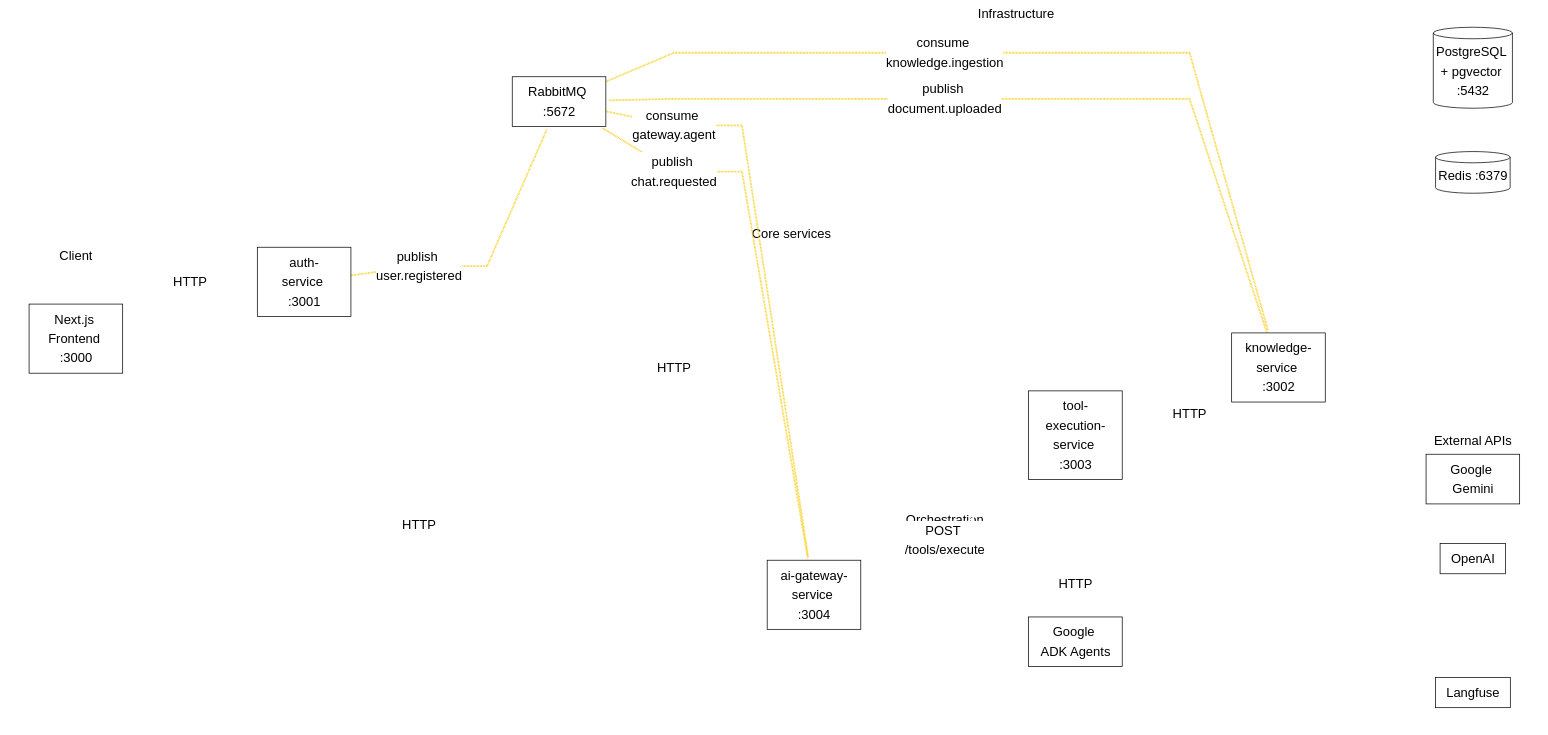
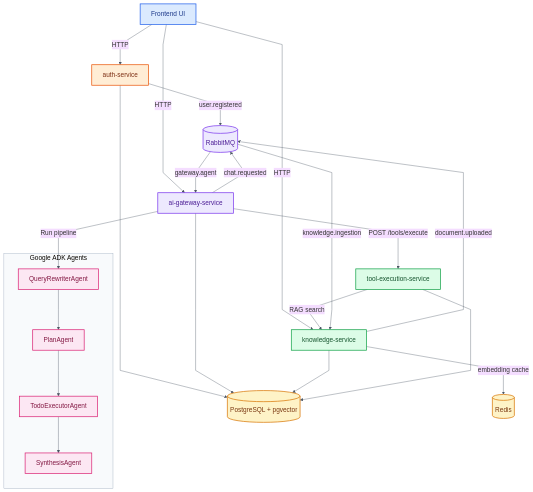
One commit to Danilka-Akarawita/Assignment changed the first of 2 diagrams in README.md. Above: the diagram before and after it, drawn with Mermaid. The commit also changed other lines of this file, not shown here.

Commit message:
simplified teh diagram

````diff
--- a/README.md
+++ b/README.md
@@ -34,70 +34,54 @@
 ```mermaid
-%%{init: {'theme':'base','flowchart': {'curve':'linear','nodeSpacing': 110,'rankSpacing': 140,'htmlLabels': true},'themeVariables': {'fontFamily':'Arial','fontSize':'36px','background':'#000000','mainBkg':'#000000','clusterBkg':'#ffffff','clusterBorder':'#ffffff','titleColor':'#000000','primaryColor':'#ffffff','primaryTextColor':'#000000','secondaryTextColor':'#000000','tertiaryTextColor':'#000000','primaryBorderColor':'#000000','lineColor':'#ffffff','edgeLabelBackground':'#ffffff','edgeLabelColor':'#000000'}}}%%
-flowchart LR
-  subgraph client [Client]
-    FE[Next.js Frontend :3000]
+%%{init: {'theme':'base','flowchart': {'curve':'linear','nodeSpacing': 60,'rankSpacing': 85},'themeVariables': {'fontFamily':'Arial','fontSize':'18px','lineColor':'#4b5563','clusterBkg':'#f8fafc','clusterBorder':'#94a3b8'}}}%%
+flowchart TB
+  UI[Frontend UI]
+  AUTH[auth-service]
+  GW[ai-gateway-service]
+  KNOW[knowledge-service]
+  TOOLS[tool-execution-service]
+  RMQ[(RabbitMQ)]
+  DB[(PostgreSQL + pgvector)]
+  REDIS[(Redis)]
+
+  subgraph agents [Google ADK Agents]
+    QR[QueryRewriterAgent]
+    PA[PlanAgent]
+    TE[TodoExecutorAgent]
+    SA[SynthesisAgent]
+    QR --> PA --> TE --> SA
   end
 
-  subgraph orchestration [Orchestration]
-    GW[ai-gateway-service :3004]
-    ADK[Google ADK Agents]
-  end
+  UI -->|HTTP| AUTH
+  UI -->|HTTP| GW
+  UI -->|HTTP| KNOW
 
-  subgraph core [Core services]
-    AUTH[auth-service :3001]
-    KNOW[knowledge-service :3002]
-    TOOLS[tool-execution-service :3003]
-  end
+  GW -->|Run pipeline| QR
+  GW -->|POST /tools/execute| TOOLS
+  TOOLS -->|RAG search| KNOW
 
-  subgraph infra [Infrastructure]
-    PG[(PostgreSQL + pgvector :5432)]
-    RMQ[RabbitMQ :5672]
-    REDIS[(Redis :6379)]
-  end
+  AUTH --> DB
+  GW --> DB
+  KNOW --> DB
+  TOOLS --> DB
+  KNOW -->|embedding cache| REDIS
 
-  subgraph externalGroup [External APIs]
-    GEMINI[Google Gemini]
-    OPENAI[OpenAI]
-    LF[Langfuse]
-  end
+  AUTH -->|user.registered| RMQ
+  KNOW -->|document.uploaded| RMQ
+  RMQ -->|knowledge.ingestion| KNOW
+  GW -->|chat.requested| RMQ
+  RMQ -->|gateway.agent| GW
 
-  FE ==>|HTTP| AUTH
-  FE ==>|HTTP| GW
-  FE ==>|HTTP| KNOW
+  classDef ui fill:#dbeafe,stroke:#2563eb,color:#1e3a8a,stroke-width:2px;
+  classDef auth fill:#ffedd5,stroke:#ea580c,color:#7c2d12,stroke-width:2px;
+  classDef gateway fill:#ede9fe,stroke:#7c3aed,color:#4c1d95,stroke-width:2px;
+  classDef agents fill:#fce7f3,stroke:#db2777,color:#831843,stroke-width:2px;
+  classDef services fill:#dcfce7,stroke:#16a34a,color:#14532d,stroke-width:2px;
+  classDef storage fill:#fef3c7,stroke:#d97706,color:#78350f,stroke-width:2px;
 
-  GW ==> ADK
-  GW ==>|HTTP| KNOW
-  GW ==>|POST /tools/execute| TOOLS
-  TOOLS ==>|HTTP| KNOW
-
-  AUTH ==> PG
-  GW ==> PG
-  KNOW ==> PG
-  TOOLS ==> PG
-
-  KNOW ==> REDIS
-  KNOW ==> OPENAI
-  TOOLS ==> OPENAI
-
-  ADK ==> GEMINI
-  GW ==> LF
-
-  AUTH -.->|publish user.registered| RMQ
-  KNOW -.->|publish document.uploaded| RMQ
-  RMQ -.->|consume knowledge.ingestion| KNOW
-  GW -.->|publish chat.requested| RMQ
-  RMQ -.->|consume gateway.agent| GW
-
-  style client fill:#ffffff,stroke:#ffffff,color:#000000,stroke-width:2px
-  style orchestration fill:#ffffff,stroke:#ffffff,color:#000000,stroke-width:2px
-  style core fill:#ffffff,stroke:#ffffff,color:#000000,stroke-width:2px
-  style infra fill:#ffffff,stroke:#ffffff,color:#000000,stroke-width:2px
-  style externalGroup fill:#ffffff,stroke:#ffffff,color:#000000,stroke-width:2px
-
-  classDef node fill:#ffffff,stroke:#000000,color:#000000,stroke-width:2px,font-size:36px;
-
-  class FE,GW,ADK,AUTH,KNOW,TOOLS,PG,RMQ,REDIS,GEMINI,OPENAI,LF node;
-
-  linkStyle default stroke:#ffffff,stroke-width:4px
-  linkStyle 16,17,18,19,20 stroke:#facc15,stroke-width:5px
+  class UI ui;
+  class AUTH auth;
+  class GW,RMQ gateway;
+  class QR,PA,TE,SA agents;
+  class KNOW,TOOLS services;
+  class DB,REDIS storage;
 ```
````
